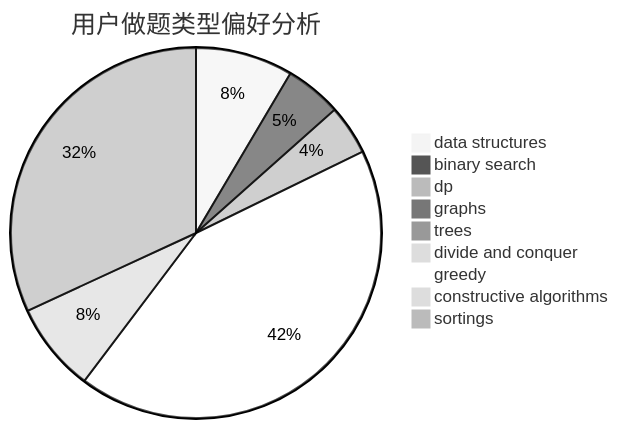
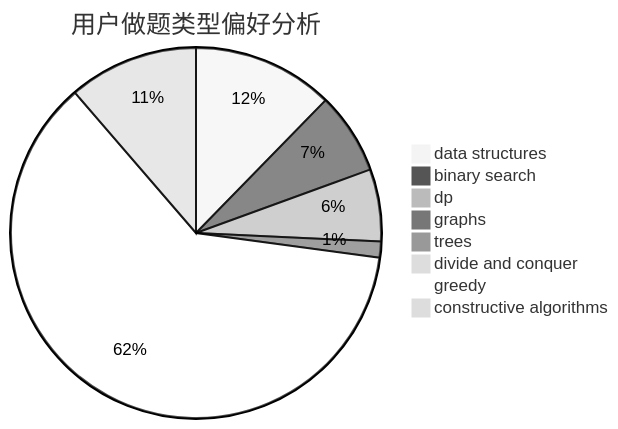
The second of 3 diagrams in docs/user/u1519.md (sherpahu/cfrs.github.io), drawn with Mermaid (neutral theme) before and after one commit. The commit also changed other lines of this file and 2769 other files, not shown here.

````diff
--- a/docs/user/u1519.md
+++ b/docs/user/u1519.md
@@ -18,12 +18,11 @@
 ```mermaid
 pie title 用户做题类型偏好分析
     "data structures" :  88
     "binary search" :  51
     "dp" :  45
     "graphs" :  10
     "trees" :  0
     "divide and conquer" :  0
     "greedy" :  440
     "constructive algorithms" :  81
-    "sortings" :  330
 ```
````
